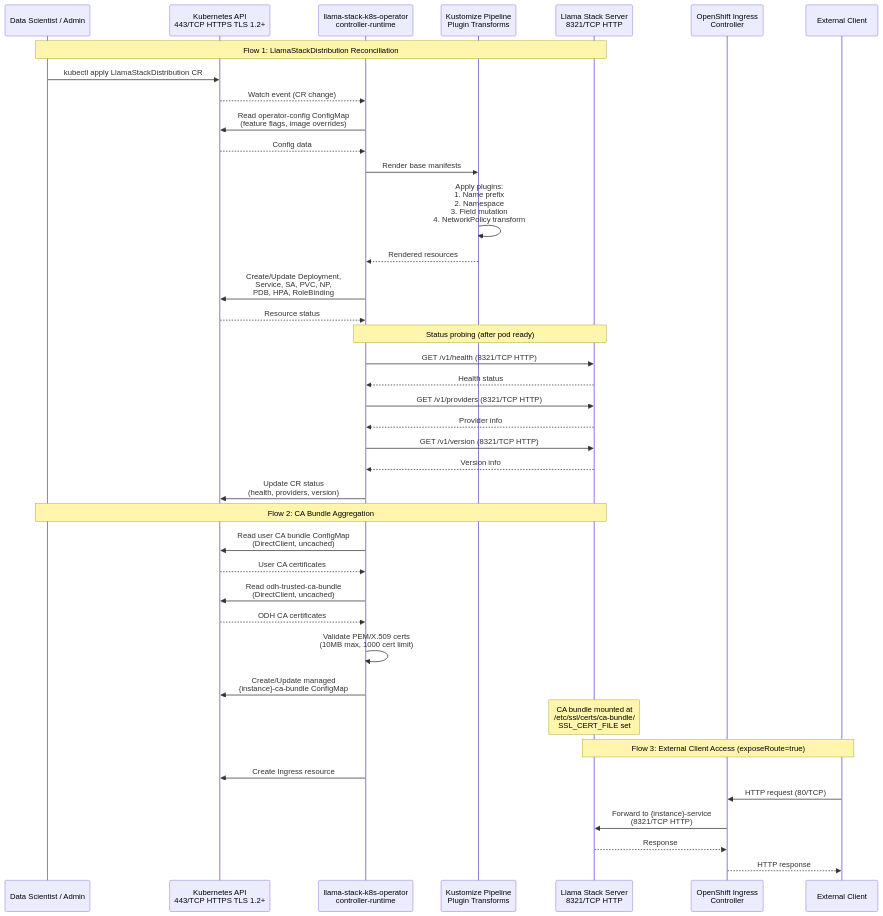
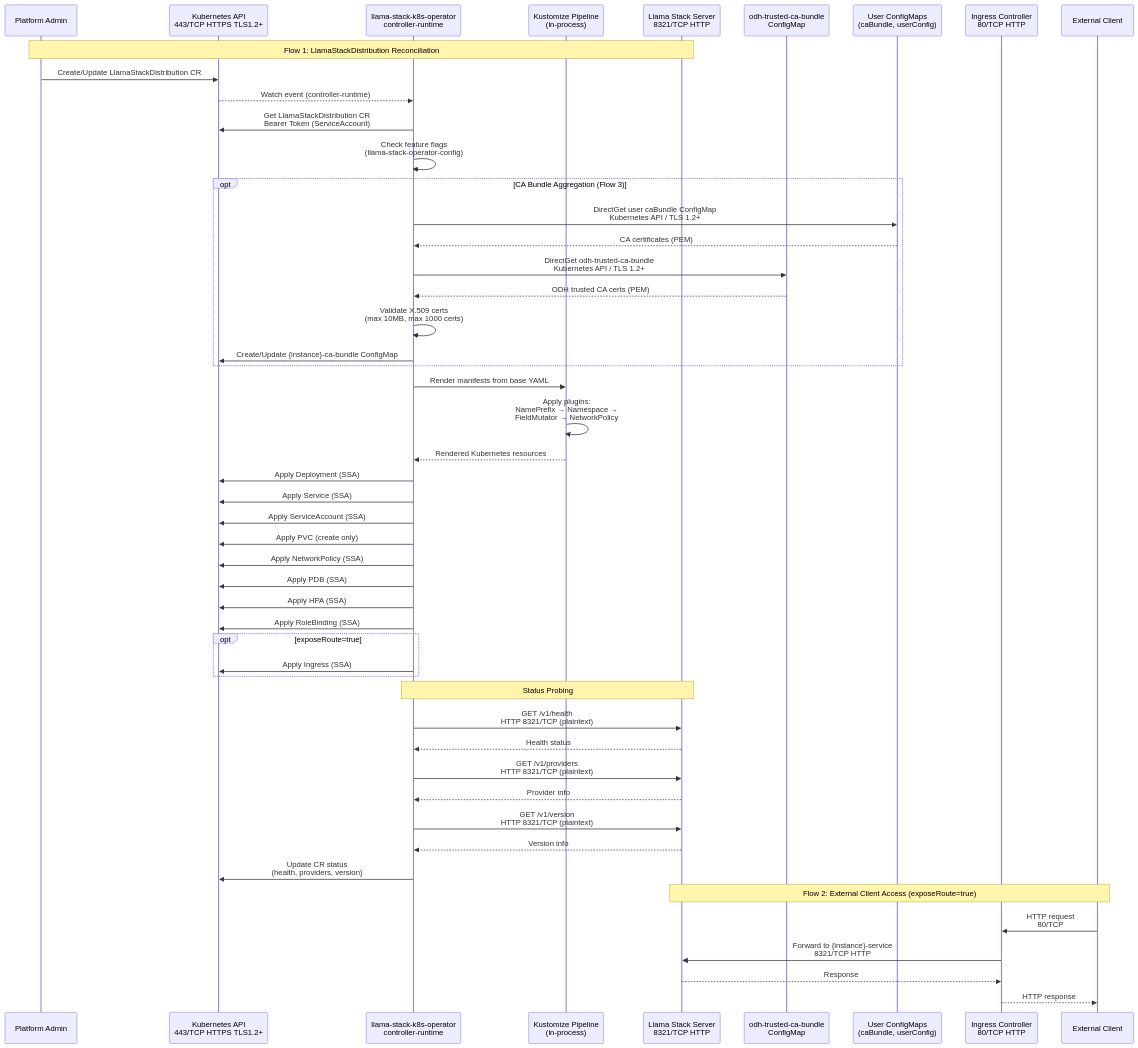
The diagram in architecture/rhoai.next/diagrams/llama-stack-k8s-operator-dataflow.mmd (rhuss/architecture-context), drawn with Mermaid before and after one commit. The commit also changed 1112 other files, not shown here.

First line of the commit message:
update rhoai.next architecture: regenerated docs, diagrams, and arch-analyzer JSON

```diff
--- a/architecture/rhoai.next/diagrams/llama-stack-k8s-operator-dataflow.mmd
+++ b/architecture/rhoai.next/diagrams/llama-stack-k8s-operator-dataflow.mmd
@@ -1,51 +1,62 @@
 sequenceDiagram
-    participant User as Data Scientist / Admin
-    participant K8sAPI as Kubernetes API<br/>443/TCP HTTPS TLS 1.2+
+    participant Admin as Platform Admin
+    participant K8sAPI as Kubernetes API<br/>443/TCP HTTPS TLS1.2+
     participant Operator as llama-stack-k8s-operator<br/>controller-runtime
-    participant Kustomize as Kustomize Pipeline<br/>Plugin Transforms
+    participant Kustomize as Kustomize Pipeline<br/>(in-process)
     participant LlamaServer as Llama Stack Server<br/>8321/TCP HTTP
-    participant IngressCtrl as OpenShift Ingress<br/>Controller
+    participant ODHConfig as odh-trusted-ca-bundle<br/>ConfigMap
+    participant UserCM as User ConfigMaps<br/>(caBundle, userConfig)
+    participant IngressCtrl as Ingress Controller<br/>80/TCP HTTP
     participant Client as External Client
 
-    Note over User,LlamaServer: Flow 1: LlamaStackDistribution Reconciliation
+    Note over Admin, LlamaServer: Flow 1: LlamaStackDistribution Reconciliation
 
-    User->>K8sAPI: kubectl apply LlamaStackDistribution CR
-    K8sAPI-->>Operator: Watch event (CR change)
-    Operator->>K8sAPI: Read operator-config ConfigMap<br/>(feature flags, image overrides)
-    K8sAPI-->>Operator: Config data
+    Admin->>K8sAPI: Create/Update LlamaStackDistribution CR
+    K8sAPI-->>Operator: Watch event (controller-runtime)
+    Operator->>K8sAPI: Get LlamaStackDistribution CR<br/>Bearer Token (ServiceAccount)
 
-    Operator->>Kustomize: Render base manifests
-    Kustomize->>Kustomize: Apply plugins:<br/>1. Name prefix<br/>2. Namespace<br/>3. Field mutation<br/>4. NetworkPolicy transform
-    Kustomize-->>Operator: Rendered resources
+    Operator->>Operator: Check feature flags<br/>(llama-stack-operator-config)
 
-    Operator->>K8sAPI: Create/Update Deployment,<br/>Service, SA, PVC, NP,<br/>PDB, HPA, RoleBinding
-    K8sAPI-->>Operator: Resource status
+    opt CA Bundle Aggregation (Flow 3)
+        Operator->>UserCM: DirectGet user caBundle ConfigMap<br/>Kubernetes API / TLS 1.2+
+        UserCM-->>Operator: CA certificates (PEM)
+        Operator->>ODHConfig: DirectGet odh-trusted-ca-bundle<br/>Kubernetes API / TLS 1.2+
+        ODHConfig-->>Operator: ODH trusted CA certs (PEM)
+        Operator->>Operator: Validate X.509 certs<br/>(max 10MB, max 1000 certs)
+        Operator->>K8sAPI: Create/Update {instance}-ca-bundle ConfigMap
+    end
 
-    Note over Operator,LlamaServer: Status probing (after pod ready)
+    Operator->>Kustomize: Render manifests from base YAML
+    Kustomize->>Kustomize: Apply plugins:<br/>NamePrefix → Namespace →<br/>FieldMutator → NetworkPolicy
+    Kustomize-->>Operator: Rendered Kubernetes resources
 
-    Operator->>LlamaServer: GET /v1/health (8321/TCP HTTP)
+    Operator->>K8sAPI: Apply Deployment (SSA)
+    Operator->>K8sAPI: Apply Service (SSA)
+    Operator->>K8sAPI: Apply ServiceAccount (SSA)
+    Operator->>K8sAPI: Apply PVC (create only)
+    Operator->>K8sAPI: Apply NetworkPolicy (SSA)
+    Operator->>K8sAPI: Apply PDB (SSA)
+    Operator->>K8sAPI: Apply HPA (SSA)
+    Operator->>K8sAPI: Apply RoleBinding (SSA)
+
+    opt exposeRoute=true
+        Operator->>K8sAPI: Apply Ingress (SSA)
+    end
+
+    Note over Operator, LlamaServer: Status Probing
+
+    Operator->>LlamaServer: GET /v1/health<br/>HTTP 8321/TCP (plaintext)
     LlamaServer-->>Operator: Health status
-    Operator->>LlamaServer: GET /v1/providers (8321/TCP HTTP)
+    Operator->>LlamaServer: GET /v1/providers<br/>HTTP 8321/TCP (plaintext)
     LlamaServer-->>Operator: Provider info
-    Operator->>LlamaServer: GET /v1/version (8321/TCP HTTP)
+    Operator->>LlamaServer: GET /v1/version<br/>HTTP 8321/TCP (plaintext)
     LlamaServer-->>Operator: Version info
 
     Operator->>K8sAPI: Update CR status<br/>(health, providers, version)
 
-    Note over User,LlamaServer: Flow 2: CA Bundle Aggregation
+    Note over Client, LlamaServer: Flow 2: External Client Access (exposeRoute=true)
 
-    Operator->>K8sAPI: Read user CA bundle ConfigMap<br/>(DirectClient, uncached)
-    K8sAPI-->>Operator: User CA certificates
-    Operator->>K8sAPI: Read odh-trusted-ca-bundle<br/>(DirectClient, uncached)
-    K8sAPI-->>Operator: ODH CA certificates
-    Operator->>Operator: Validate PEM/X.509 certs<br/>(10MB max, 1000 cert limit)
-    Operator->>K8sAPI: Create/Update managed<br/>{instance}-ca-bundle ConfigMap
-    Note over LlamaServer: CA bundle mounted at<br/>/etc/ssl/certs/ca-bundle/<br/>SSL_CERT_FILE set
-
-    Note over Client,LlamaServer: Flow 3: External Client Access (exposeRoute=true)
-
-    Operator->>K8sAPI: Create Ingress resource
-    Client->>IngressCtrl: HTTP request (80/TCP)
-    IngressCtrl->>LlamaServer: Forward to {instance}-service<br/>(8321/TCP HTTP)
+    Client->>IngressCtrl: HTTP request<br/>80/TCP
+    IngressCtrl->>LlamaServer: Forward to {instance}-service<br/>8321/TCP HTTP
     LlamaServer-->>IngressCtrl: Response
     IngressCtrl-->>Client: HTTP response
```
